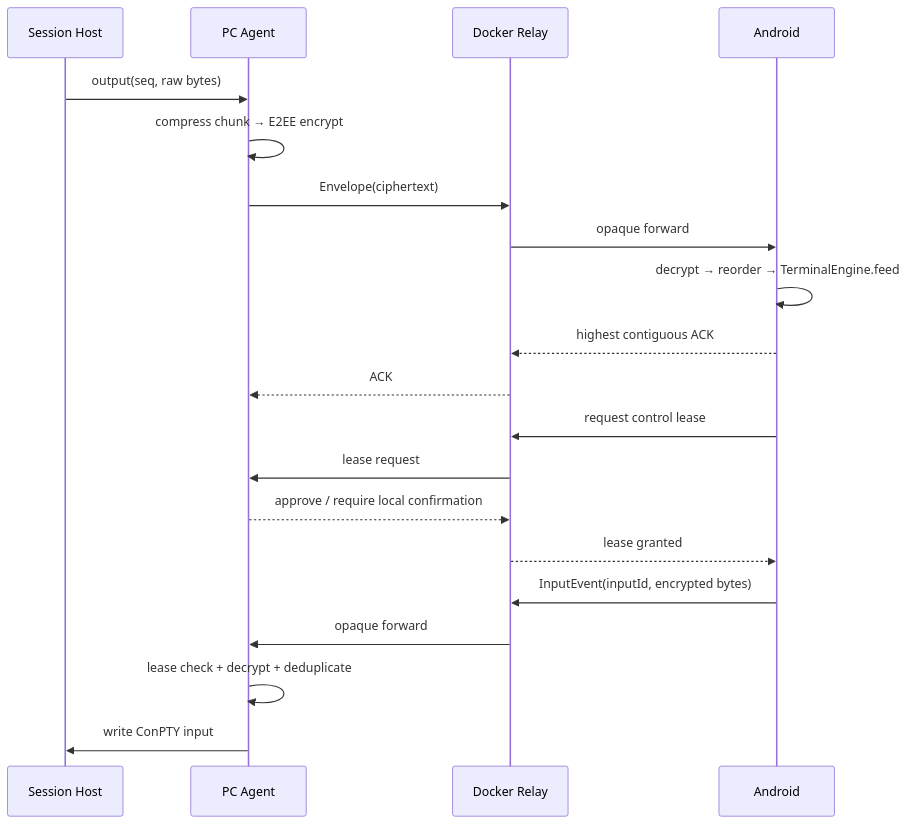
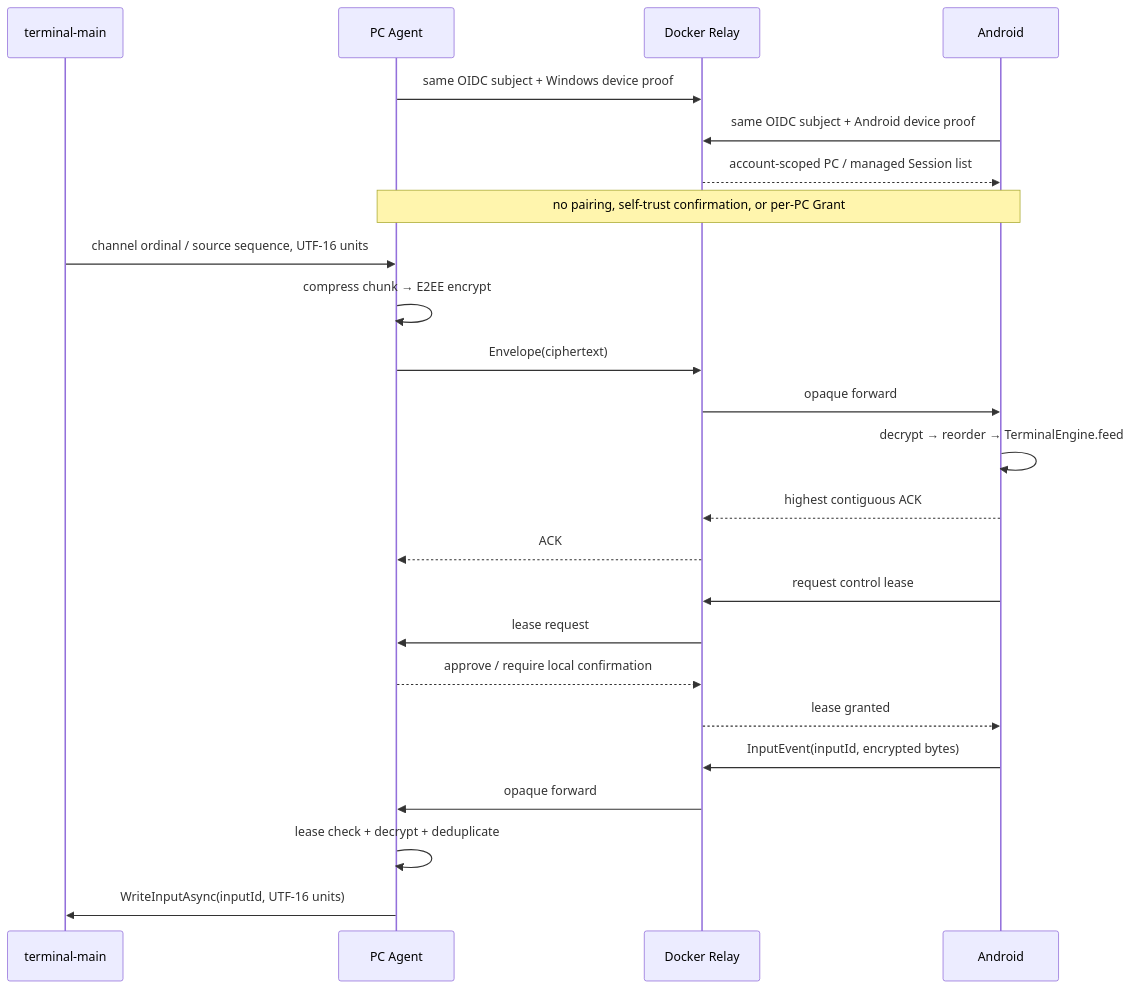
The second of 16 diagrams in docs/COMPLETE_SYSTEM_DESIGN.md (myucxy/TermLink), drawn with Mermaid before and after one commit. The commit also changed other lines of this file and 301 other files, not shown here.

````diff
--- a/docs/COMPLETE_SYSTEM_DESIGN.md
+++ b/docs/COMPLETE_SYSTEM_DESIGN.md
@@ -242,24 +242,29 @@
 ```mermaid
 sequenceDiagram
-    participant H as Session Host
+    participant T as terminal-main
     participant A as PC Agent
     participant R as Docker Relay
     participant M as Android
 
-    H->>A: output(seq, raw bytes)
+    A->>R: same OIDC subject + Windows device proof
+    M->>R: same OIDC subject + Android device proof
+    R-->>M: account-scoped PC / managed Session list
+    Note over A,M: no pairing, self-trust confirmation, or per-PC Grant
+
+    T->>A: channel ordinal / source sequence, UTF-16 units
     A->>A: compress chunk → E2EE encrypt
     A->>R: Envelope(ciphertext)
     R->>M: opaque forward
     M->>M: decrypt → reorder → TerminalEngine.feed
     M-->>R: highest contiguous ACK
     R-->>A: ACK
 
     M->>R: request control lease
     R->>A: lease request
     A-->>R: approve / require local confirmation
     R-->>M: lease granted
     M->>R: InputEvent(inputId, encrypted bytes)
     R->>A: opaque forward
     A->>A: lease check + decrypt + deduplicate
-    A->>H: write ConPTY input
+    A->>T: WriteInputAsync(inputId, UTF-16 units)
 ```
````
